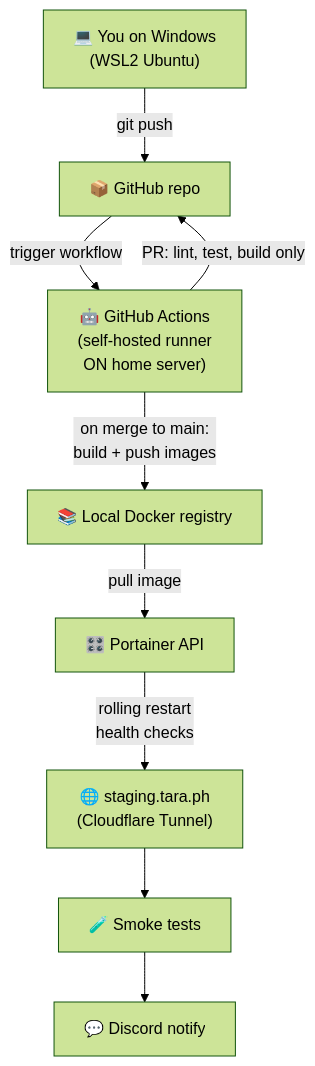
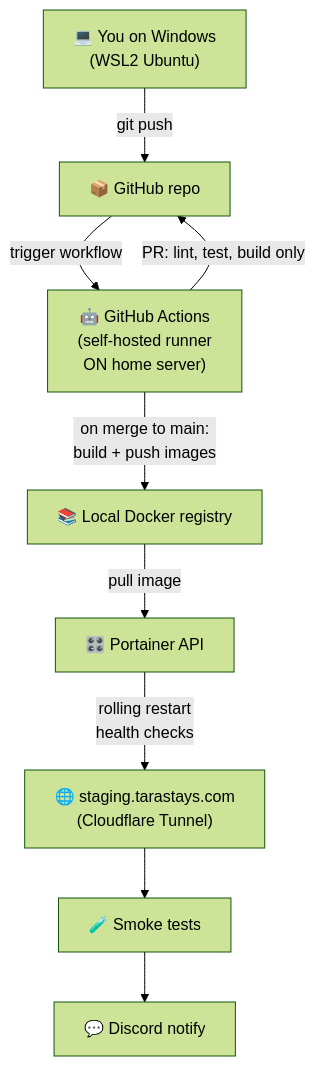
One commit to ialexies/tara changed the fourth of 17 diagrams in docs/architecture/diagrams.md. Above: the diagram before and after it, drawn with Mermaid (forest theme). The commit also changed other lines of this file and 4 other files, not shown here.

Commit message:
chore: lock in tarastays.com as production domain

````diff
--- a/docs/architecture/diagrams.md
+++ b/docs/architecture/diagrams.md
@@ -201,20 +201,20 @@
 ```mermaid
 flowchart TB
   Dev["💻 You on Windows<br/>(WSL2 Ubuntu)"]
   GH["📦 GitHub repo"]
   Runner["🤖 GitHub Actions<br/>(self-hosted runner<br/>ON home server)"]
   Reg["📚 Local Docker registry"]
   Port["🎛️ Portainer API"]
-  Stage["🌐 staging.tara.ph<br/>(Cloudflare Tunnel)"]
+  Stage["🌐 staging.tarastays.com<br/>(Cloudflare Tunnel)"]
   Smoke["🧪 Smoke tests"]
   Disc["💬 Discord notify"]
 
   Dev -->|"git push"| GH
   GH -->|"trigger workflow"| Runner
   Runner -->|"PR: lint, test, build only"| GH
   Runner -->|"on merge to main:<br/>build + push images"| Reg
   Reg -->|"pull image"| Port
   Port -->|"rolling restart<br/>health checks"| Stage
   Stage --> Smoke
   Smoke --> Disc
 ```
````
